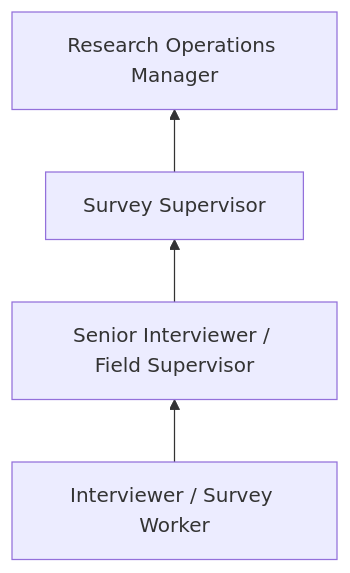
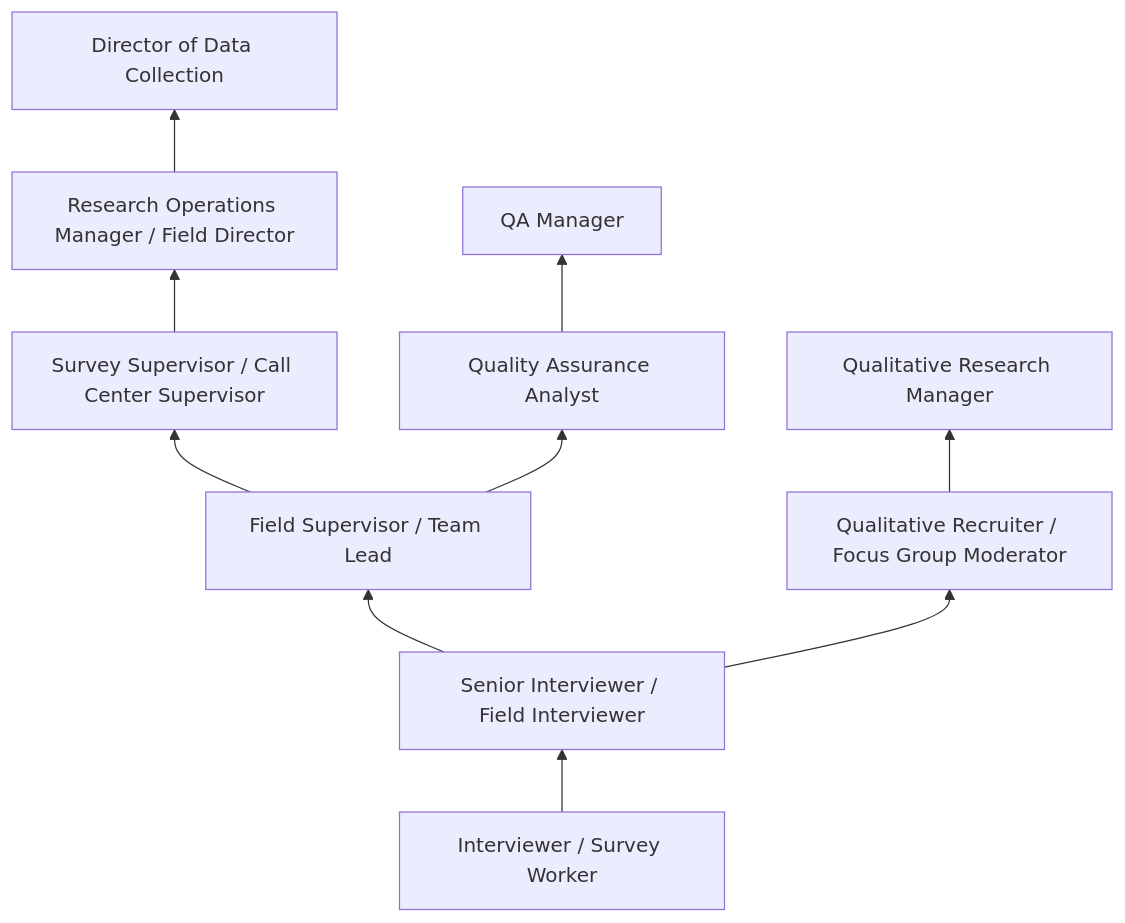
The third of 4 diagrams in occupations/Administrative/InterviewersExceptEligibilityAndLoan.mdx (kziemski/business.org.ai), drawn with Mermaid before and after one commit. The commit also changed other lines of this file and 19 other files, not shown here.

````diff
--- a/occupations/Administrative/InterviewersExceptEligibilityAndLoan.mdx
+++ b/occupations/Administrative/InterviewersExceptEligibilityAndLoan.mdx
@@ -75,6 +136,14 @@
 ```mermaid
 graph BT
-    Entry["Interviewer / Survey Worker"] --> Mid["Senior Interviewer / Field Supervisor"]
-    Mid --> Supervisor["Survey Supervisor"]
-    Supervisor --> Manager["Research Operations Manager"]
+    Entry["Interviewer / Survey Worker"] --> Mid["Senior Interviewer / Field Interviewer"]
+    Mid --> Lead["Field Supervisor / Team Lead"]
+    Lead --> Supervisor["Survey Supervisor / Call Center Supervisor"]
+    Supervisor --> Manager["Research Operations Manager / Field Director"]
+    Manager --> Director["Director of Data Collection"]
+
+    Mid --> Specialist["Qualitative Recruiter / Focus Group Moderator"]
+    Specialist --> Qualitative["Qualitative Research Manager"]
+
+    Lead --> QA["Quality Assurance Analyst"]
+    QA --> QAManager["QA Manager"]
 ```
````
